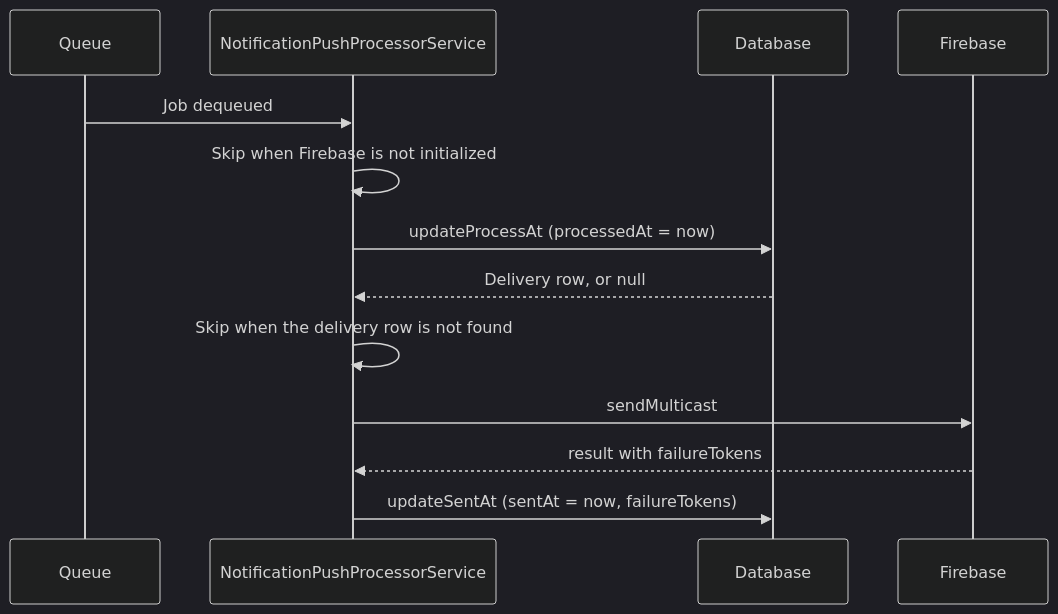
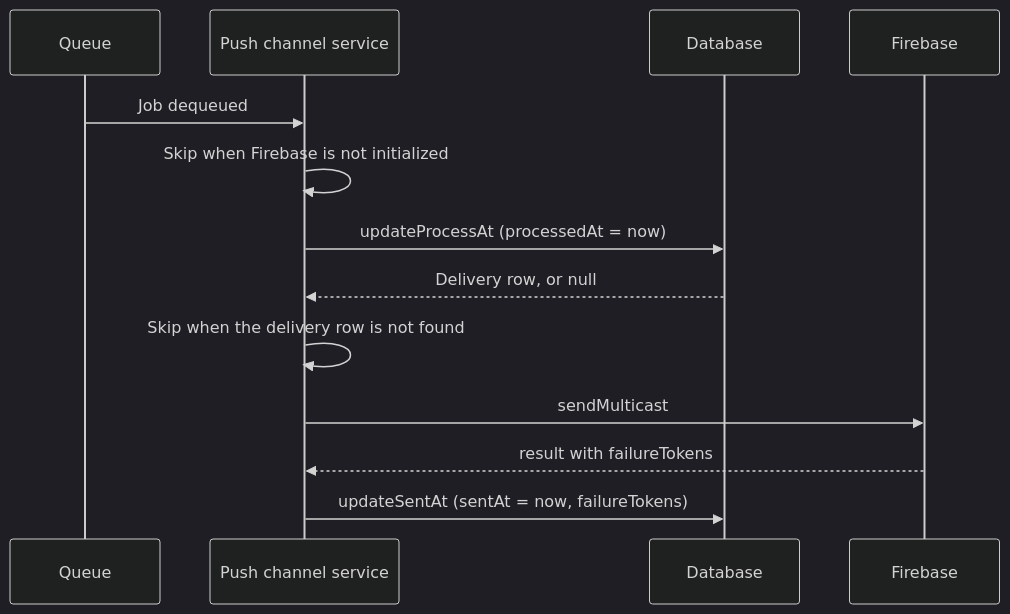
Before and after one commit to andrechristikan/ack-nestjs-boilerplate: the second of 2 diagrams in docs/notification.md, drawn with Mermaid (dark theme). The commit also changed other lines of this file and 24 other files, not shown here.

````diff
--- a/docs/notification.md
+++ b/docs/notification.md
@@ -261,16 +263,16 @@
 ```mermaid
 sequenceDiagram
     participant Q as Queue
-    participant P as NotificationPushProcessorService
+    participant P as Push channel service
     participant DB as Database
     participant FCM as Firebase
 
     Q->>P: Job dequeued
     P->>P: Skip when Firebase is not initialized
     P->>DB: updateProcessAt (processedAt = now)
     DB-->>P: Delivery row, or null
     P->>P: Skip when the delivery row is not found
     P->>FCM: sendMulticast
     FCM-->>P: result with failureTokens
     P->>DB: updateSentAt (sentAt = now, failureTokens)
 ```
````
